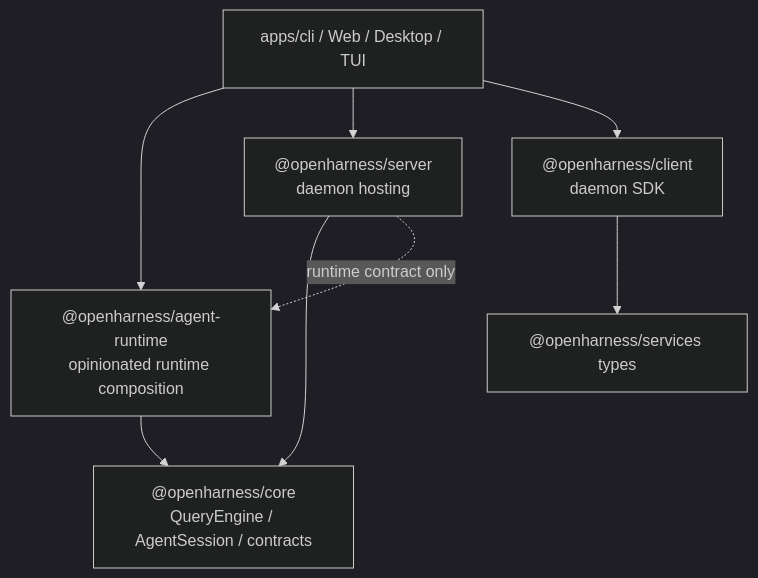
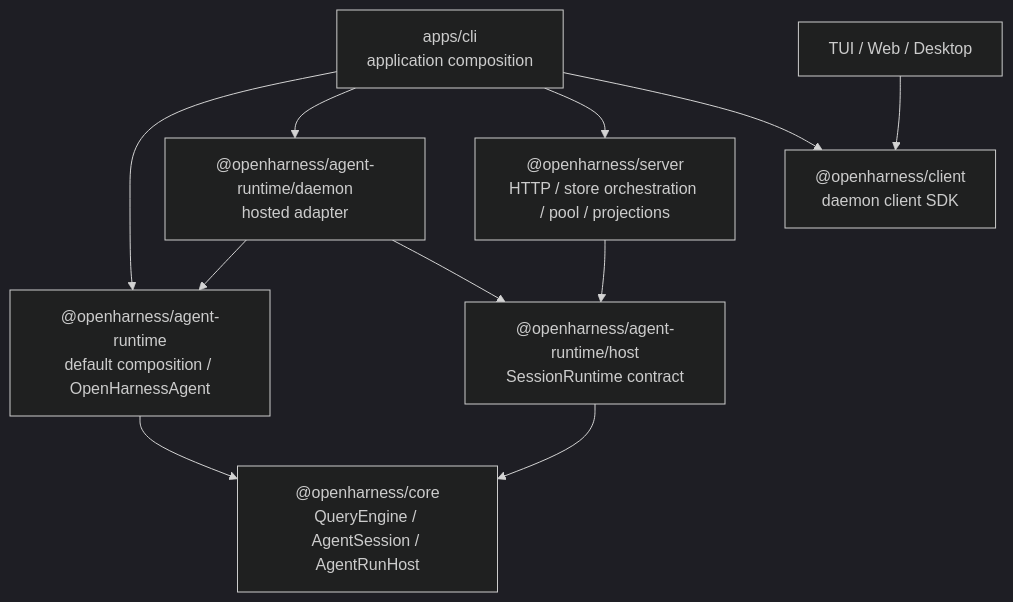
Before and after one commit to rzx007/openharness-ts: the diagram in docs/agent-runtime-framework-architecture.md, drawn with Mermaid (dark theme). The commit also changed other lines of this file and 13 other files, not shown here.

Commit message:
docs(agent-runtime): document framework and hosted flows

````diff
--- a/docs/agent-runtime-framework-architecture.md
+++ b/docs/agent-runtime-framework-architecture.md
@@ -142,16 +213,22 @@
 ```mermaid
 flowchart TB
-  Core["@openharness/core<br/>QueryEngine / AgentSession / contracts"]
-  AgentRuntime["@openharness/agent-runtime<br/>opinionated runtime composition"]
-  Server["@openharness/server<br/>daemon hosting"]
-  Client["@openharness/client<br/>daemon SDK"]
-  Surfaces["apps/cli / Web / Desktop / TUI"]
+  Core["@openharness/core<br/>QueryEngine / AgentSession / AgentRunHost"]
+  Runtime["@openharness/agent-runtime<br/>default composition / OpenHarnessAgent"]
+  Host["@openharness/agent-runtime/host<br/>SessionRuntime contract"]
+  DaemonAdapter["@openharness/agent-runtime/daemon<br/>hosted adapter"]
+  Server["@openharness/server<br/>HTTP / store orchestration / pool / projections"]
+  Client["@openharness/client<br/>daemon client SDK"]
+  CLI["apps/cli<br/>application composition"]
+  Surfaces["TUI / Web / Desktop"]
 
-  AgentRuntime --> Core
-  Server --> Core
-  Server -. "runtime contract only" .-> AgentRuntime
-  Client --> ServerTypes["@openharness/services types"]
-  Surfaces --> AgentRuntime
-  Surfaces --> Server
+  Runtime --> Core
+  Host --> Core
+  DaemonAdapter --> Runtime
+  DaemonAdapter --> Host
+  Server --> Host
+  CLI --> Runtime
+  CLI --> DaemonAdapter
+  CLI --> Server
+  CLI --> Client
   Surfaces --> Client
 ```
````
